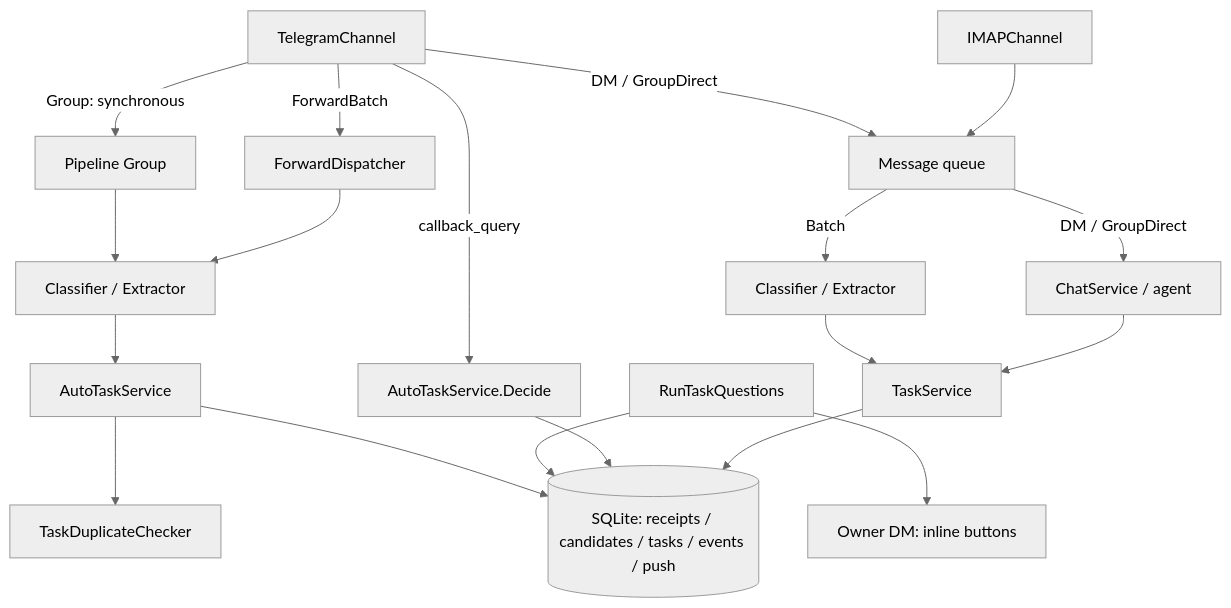
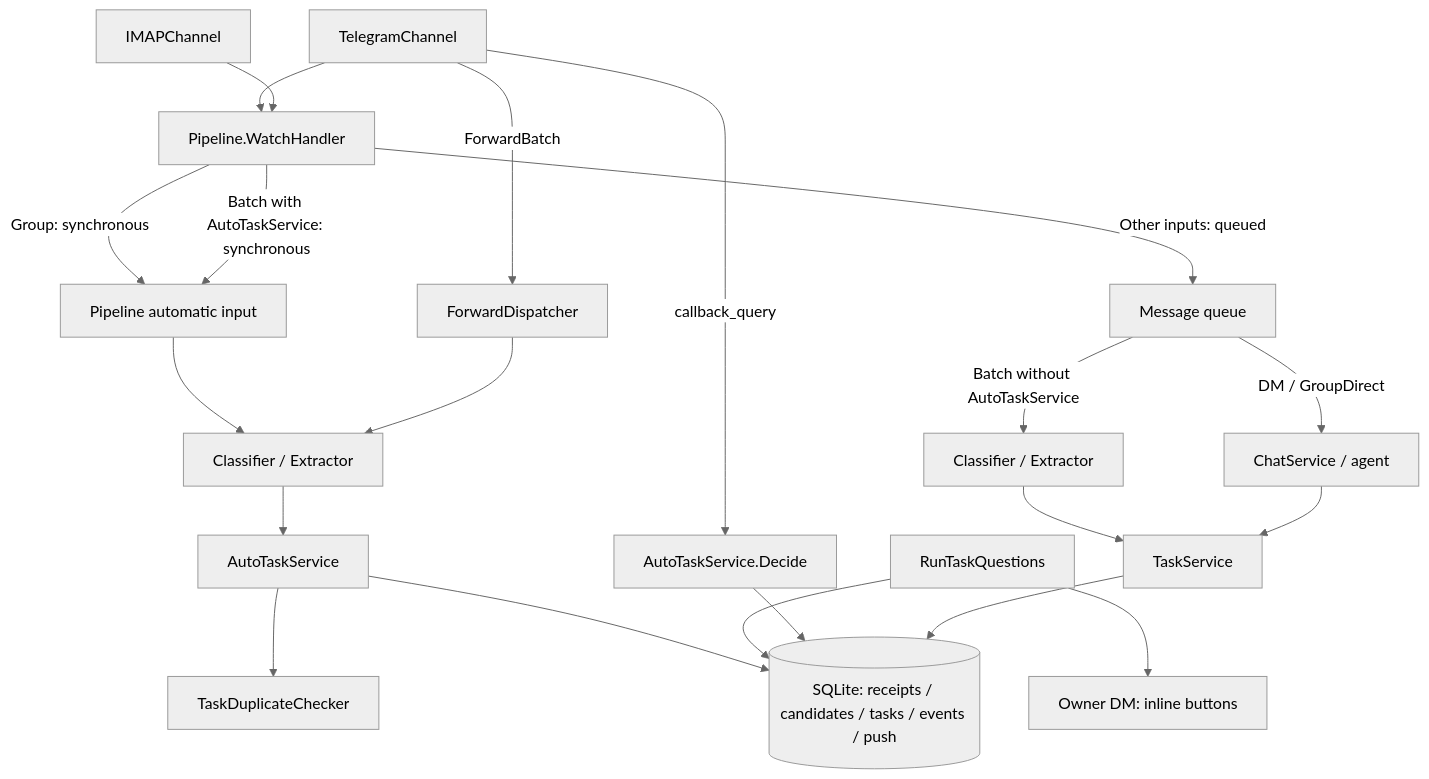
One commit to anadale/huskwoot changed the diagram in docs/development/architecture.md. Above: the diagram before and after it, drawn with Mermaid (neutral theme). The commit also changed other lines of this file and 14 other files, not shown here.

````diff
--- a/docs/development/architecture.md
+++ b/docs/development/architecture.md
@@ -5,21 +5,23 @@
 ```mermaid
 flowchart TD
-    TG[TelegramChannel] -->|Group: synchronous| GP[Pipeline Group]
-    TG -->|DM / GroupDirect| MQ[Message queue]
+    TG[TelegramChannel] --> WH[Pipeline.WatchHandler]
+    WH -->|Group: synchronous| GP[Pipeline automatic input]
+    WH -->|Other inputs: queued| MQ[Message queue]
     MQ -->|DM / GroupDirect| CHAT[ChatService / agent]
     TG -->|ForwardBatch| FD[ForwardDispatcher]
     GP --> EX[Classifier / Extractor]
     FD --> EX
     EX --> AUTO[AutoTaskService]
     AUTO --> CHECK[TaskDuplicateChecker]
     AUTO --> DB[(SQLite: receipts / candidates / tasks / events / push)]
     QUESTIONS[RunTaskQuestions] --> DB
     QUESTIONS --> DM[Owner DM: inline buttons]
     TG -->|callback_query| DECIDE[AutoTaskService.Decide]
     DECIDE --> DB
-    IMAP[IMAPChannel] --> MQ
-    MQ -->|Batch| BP[Classifier / Extractor]
+    IMAP[IMAPChannel] --> WH
+    WH -->|Batch with AutoTaskService: synchronous| GP
+    MQ -->|Batch without AutoTaskService| BP[Classifier / Extractor]
     BP --> TS[TaskService]
     CHAT --> TS
     TS --> DB
 ```
````
